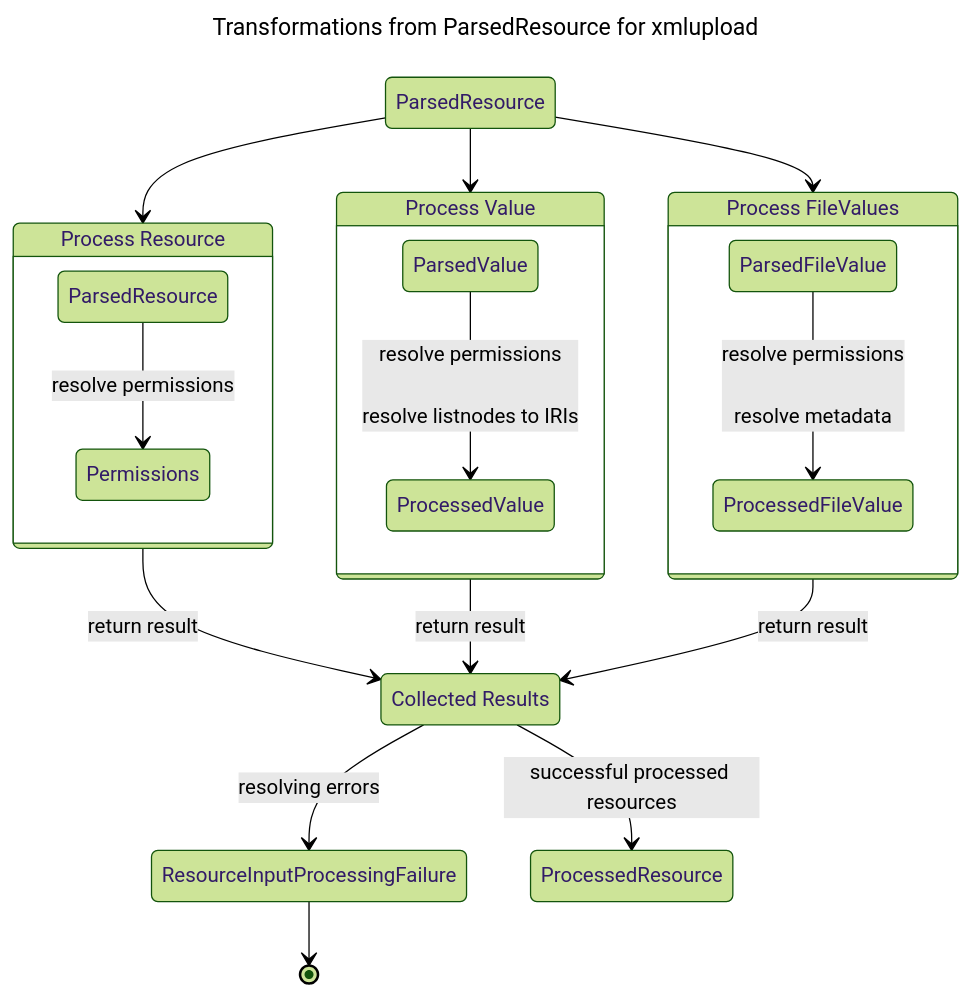
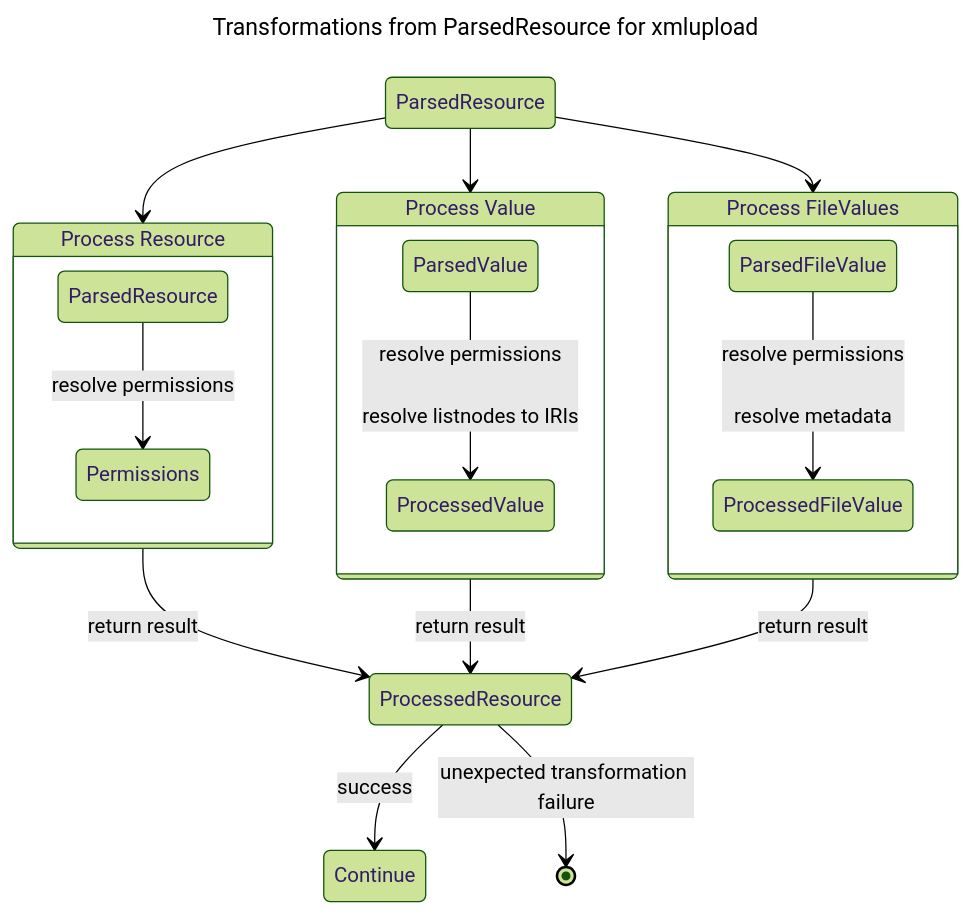
Before and after one commit to dasch-swiss/dsp-tools: the third of 5 diagrams in docs/developers/architecture.md, drawn with Mermaid (forest theme).

Commit message:
fix xmlupload old

````diff
--- a/docs/developers/architecture.md
+++ b/docs/developers/architecture.md
@@ -101,33 +101,32 @@
 ```mermaid
 ---
 title: Transformations from ParsedResource for xmlupload
 ---
 stateDiagram-v2
 
 state "Process Resource" as processedres
 state "Process Value" as processedationval
 state "Process FileValues" as processedfile
 state "ParsedValue" as parsedval
 state "ParsedResource" as parsedres
 state "ProcessedValue" as valdes
-state "Collected Results" as coll
+state "Continue" as cont
 
 parsedres-->processedfile
 parsedres-->processedationval
 parsedres-->processedres
 state processedres {
     ParsedResource-->Permissions: resolve permissions
 }
 state processedationval {
     parsedval-->valdes: resolve permissions<br/><br/>resolve listnodes to IRIs
 }
 state processedfile {
     ParsedFileValue-->ProcessedFileValue: resolve permissions<br/><br/>resolve metadata
 }
-processedres-->coll: return result
-processedationval-->coll: return result
-processedfile-->coll: return result
-coll-->ResourceInputProcessingFailure: resolving errors
-ResourceInputProcessingFailure-->[*]
-coll-->ProcessedResource: successful processed resources
+processedres-->ProcessedResource: return result
+processedationval-->ProcessedResource: return result
+processedfile-->ProcessedResource: return result
+ProcessedResource--> cont: success
+ProcessedResource-->[*]: unexpected transformation failure
 ```
````
